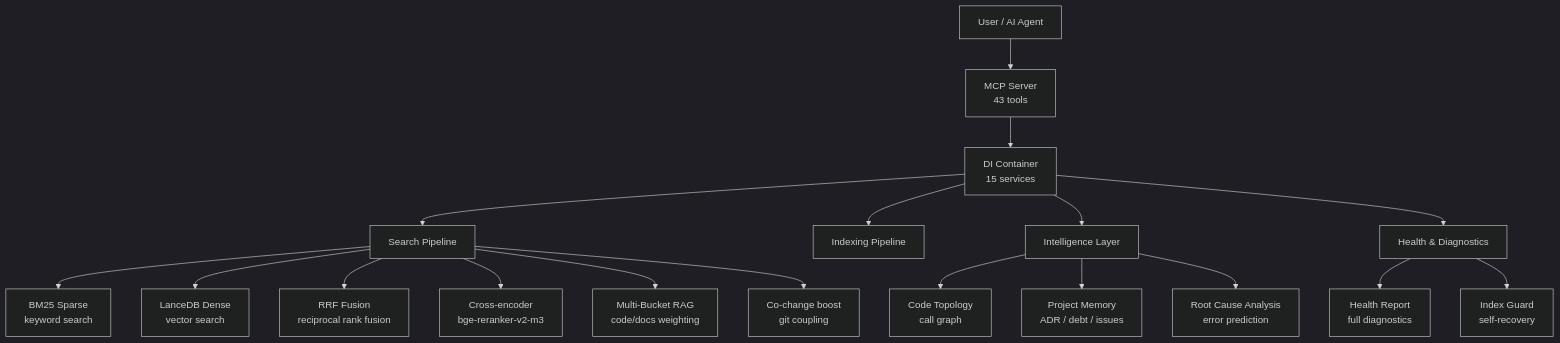
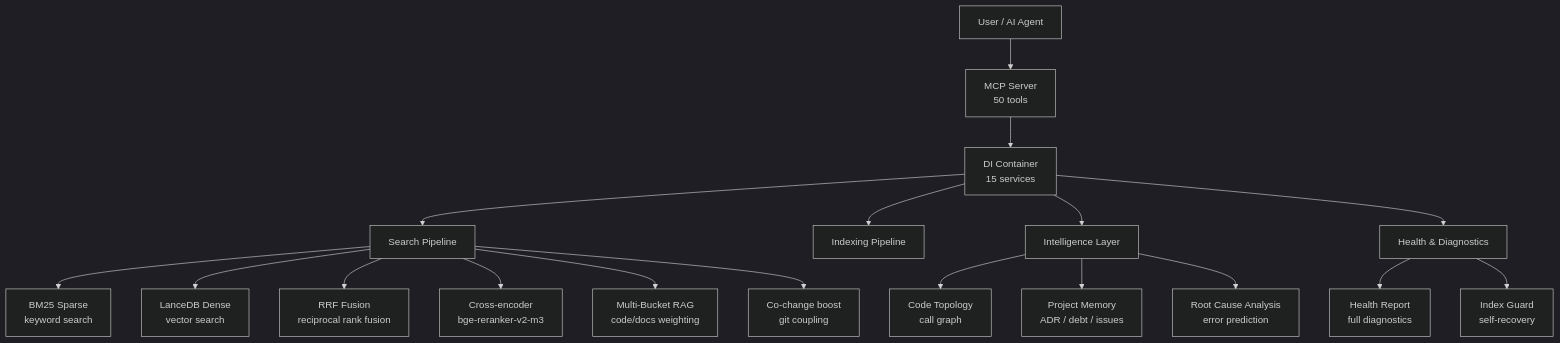
The first of 8 diagrams in docs/en/ARCHITECTURE_DEEP.md (ManSio/mscodebase-intelligence), drawn with Mermaid (dark theme) before and after one commit. The commit also changed other lines of this file and 16 other files, not shown here.

````diff
--- a/docs/en/ARCHITECTURE_DEEP.md
+++ b/docs/en/ARCHITECTURE_DEEP.md
@@ -7,23 +7,23 @@
 ```mermaid
 flowchart TD
-    User[User / AI Agent] --> MCP[MCP Server\n43 tools]
+    User[User / AI Agent] --> MCP[MCP Server\n50 tools]
     MCP --> DI[DI Container\n15 services]
     DI --> Search[Search Pipeline]
     DI --> Index[Indexing Pipeline]
     DI --> Intel[Intelligence Layer]
     DI --> Health[Health & Diagnostics]
     
     Search --> BM25[BM25 Sparse\nkeyword search]
     Search --> Dense[LanceDB Dense\nvector search]
     Search --> RRF[RRF Fusion\nreciprocal rank fusion]
     Search --> Rerank[Cross-encoder\nbge-reranker-v2-m3]
     Search --> Bucket[Multi-Bucket RAG\ncode/docs weighting]
     Search --> CoChange[Co-change boost\ngit coupling]
     
     Intel --> Topology[Code Topology\ncall graph]
     Intel --> Memory[Project Memory\nADR / debt / issues]
     Intel --> RCA[Root Cause Analysis\nerror prediction]
     
     Health --> Report[Health Report\nfull diagnostics]
     Health --> Guard[Index Guard\nself-recovery]
 ```
````
